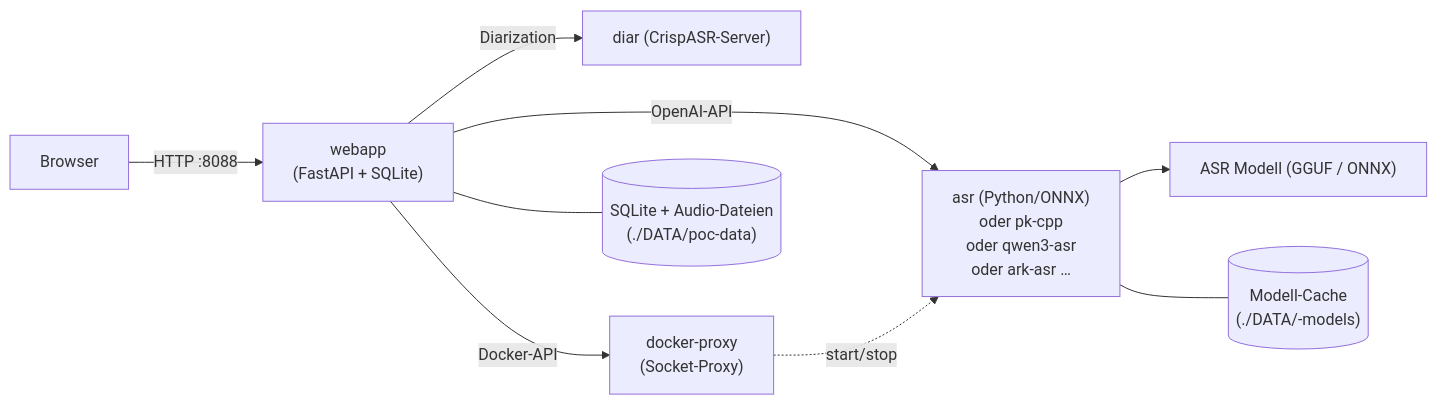
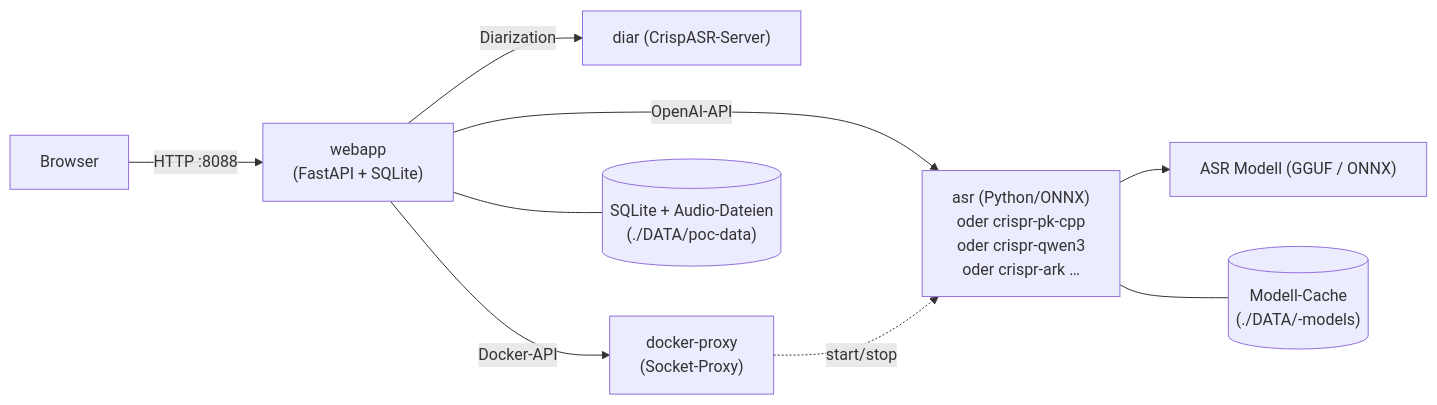
The diagram in README.md (tilllt/polyschnack-asr), drawn with Mermaid before and after one commit. The commit also changed other lines of this file and 55 other files, not shown here.

First line of the commit message:
refactor: Container-Namen + Backend-IDs auf einheitliches Schema; Adapter aus backends.yaml

````diff
--- a/README.md
+++ b/README.md
@@ -336,11 +336,11 @@
 ```mermaid
 graph LR
     Browser -->|HTTP :8088| webapp["webapp<br/>(FastAPI + SQLite)"]
-    webapp -->|OpenAI-API| asr["asr (Python/ONNX)<br/>oder pk-cpp<br/>oder qwen3-asr<br/>oder ark-asr …"]
+    webapp -->|OpenAI-API| asr["asr (Python/ONNX)<br/>oder crispr-pk-cpp<br/>oder crispr-qwen3<br/>oder crispr-ark …"]
     webapp -->|Diarization| diar["diar (CrispASR-Server)"]
     webapp -->|Docker-API| proxy["docker-proxy<br/>(Socket-Proxy)"]
     proxy -.start/stop.-> asr
     asr --> model["ASR Modell (GGUF / ONNX)"]
     webapp --- db[("SQLite + Audio-Dateien<br/>(./DATA/poc-data)")]
     asr --- mcache[("Modell-Cache<br/>(./DATA/<name>-models)")]
 ```
````
